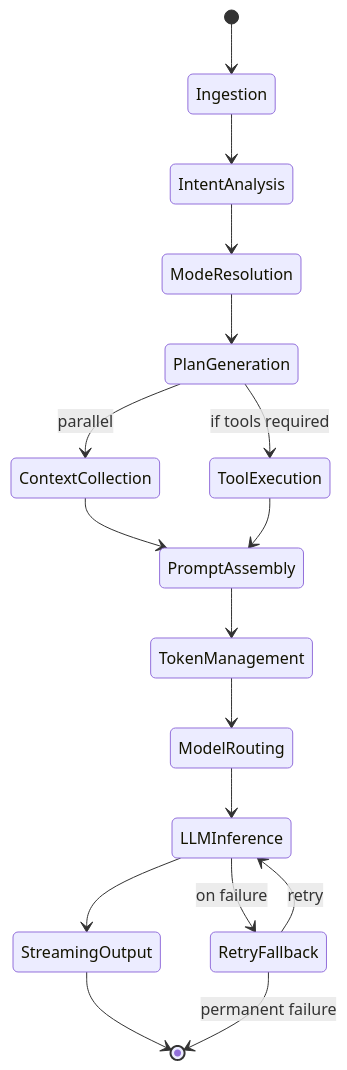
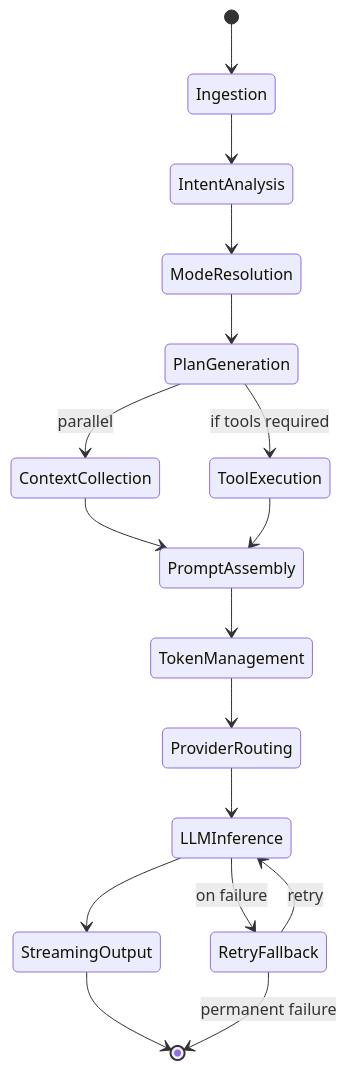
One commit to GranthanAI/llm-service changed the third of 17 diagrams in docs/hld.md. Above: the diagram before and after it, drawn with Mermaid. The commit also changed other lines of this file and 1 other file, not shown here.

Commit message:
docs: fix mermaid diagrams and update folder structure to app/ layout

````diff
--- a/docs/hld.md
+++ b/docs/hld.md
@@ -421,19 +421,19 @@
 ```mermaid
 stateDiagram-v2
     [*] --> Ingestion
     Ingestion --> IntentAnalysis
     IntentAnalysis --> ModeResolution
     ModeResolution --> PlanGeneration
     PlanGeneration --> ContextCollection: parallel
     PlanGeneration --> ToolExecution: if tools required
     ContextCollection --> PromptAssembly
     ToolExecution --> PromptAssembly
     PromptAssembly --> TokenManagement
-    TokenManagement --> ModelRouting
-    ModelRouting --> LLMInference
+    TokenManagement --> ProviderRouting
+    ProviderRouting --> LLMInference
     LLMInference --> StreamingOutput
     StreamingOutput --> [*]
     LLMInference --> RetryFallback: on failure
     RetryFallback --> LLMInference: retry
     RetryFallback --> [*]: permanent failure
 ```
````
